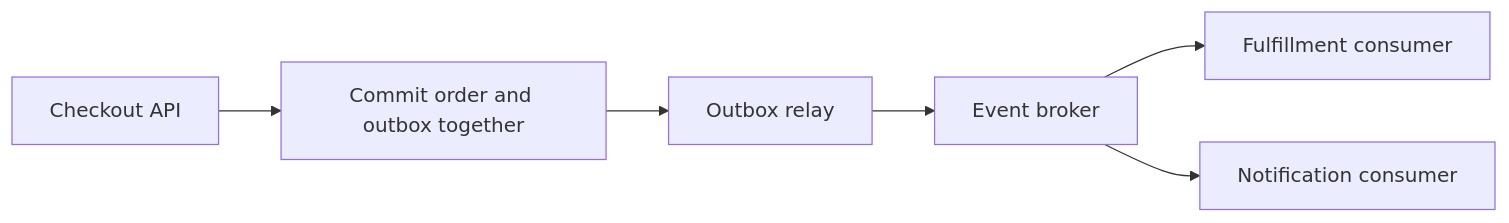
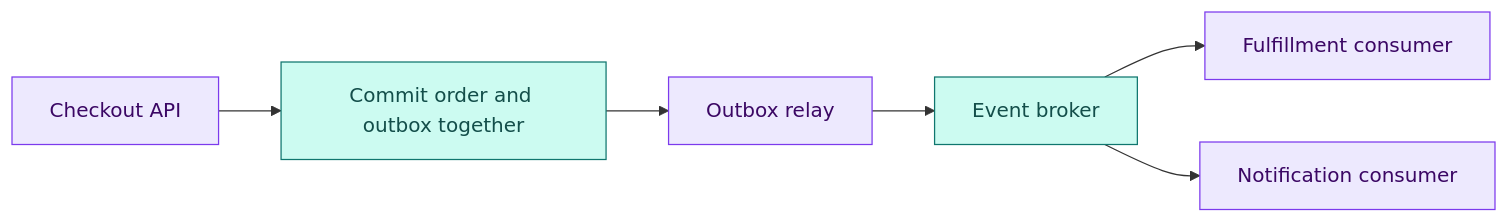
Before and after one commit to Shaktiprasadram22/system-design-26-week-roadmap: the sixth of 7 diagrams in chapters/02-core-system-design.md, drawn with Mermaid. The commit also changed other lines of this file and 21 other files, not shown here.

````diff
--- a/chapters/02-core-system-design.md
+++ b/chapters/02-core-system-design.md
@@ -429,8 +492,15 @@
 ```mermaid
 flowchart LR
     A["Checkout API"] --> T["Commit order and outbox together"]
     T --> R["Outbox relay"]
     R --> B["Event broker"]
     B --> F["Fulfillment consumer"]
     B --> N["Notification consumer"]
+
+    classDef input fill:#dbeafe,stroke:#2563eb,color:#172554;
+    classDef service fill:#ede9fe,stroke:#7c3aed,color:#3b0764;
+    classDef data fill:#ccfbf1,stroke:#0f766e,color:#134e4a;
+    classDef edge fill:#ffedd5,stroke:#c2410c,color:#431407;
+    class A,R,F,N service;
+    class T,B data;
 ```
````
